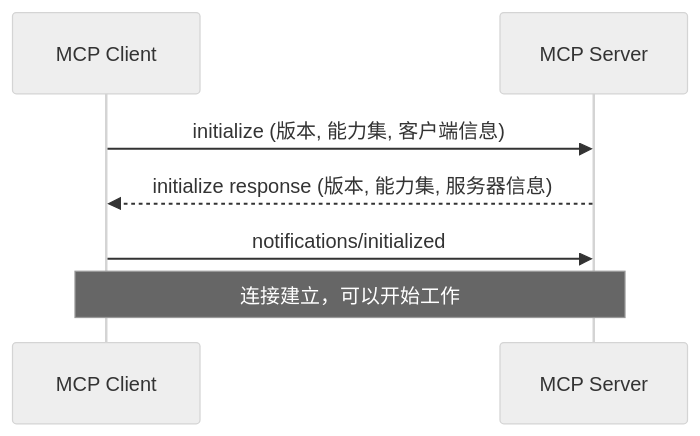
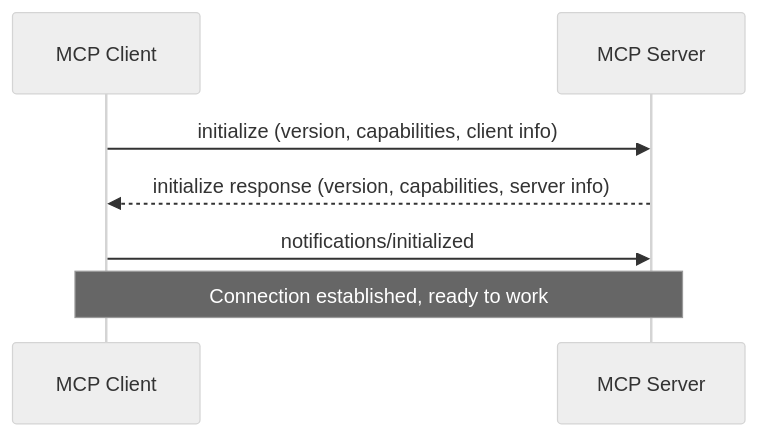
Before and after one commit to zenHeart/learn-ai: the second of 3 diagrams in examples/mcp-lab/README.md, drawn with Mermaid (neutral theme). The commit also changed other lines of this file and 7 other files, not shown here.

````diff
--- a/examples/mcp-lab/README.md
+++ b/examples/mcp-lab/README.md
@@ -50,10 +50,10 @@
 ```mermaid
 sequenceDiagram
     participant C as MCP Client
     participant S as MCP Server
-    
-    C->>S: initialize (版本, 能力集, 客户端信息)
-    S-->>C: initialize response (版本, 能力集, 服务器信息)
+
+    C->>S: initialize (version, capabilities, client info)
+    S-->>C: initialize response (version, capabilities, server info)
     C->>S: notifications/initialized
-    Note over C,S: 连接建立，可以开始工作
+    Note over C,S: Connection established, ready to work
 ```
````
